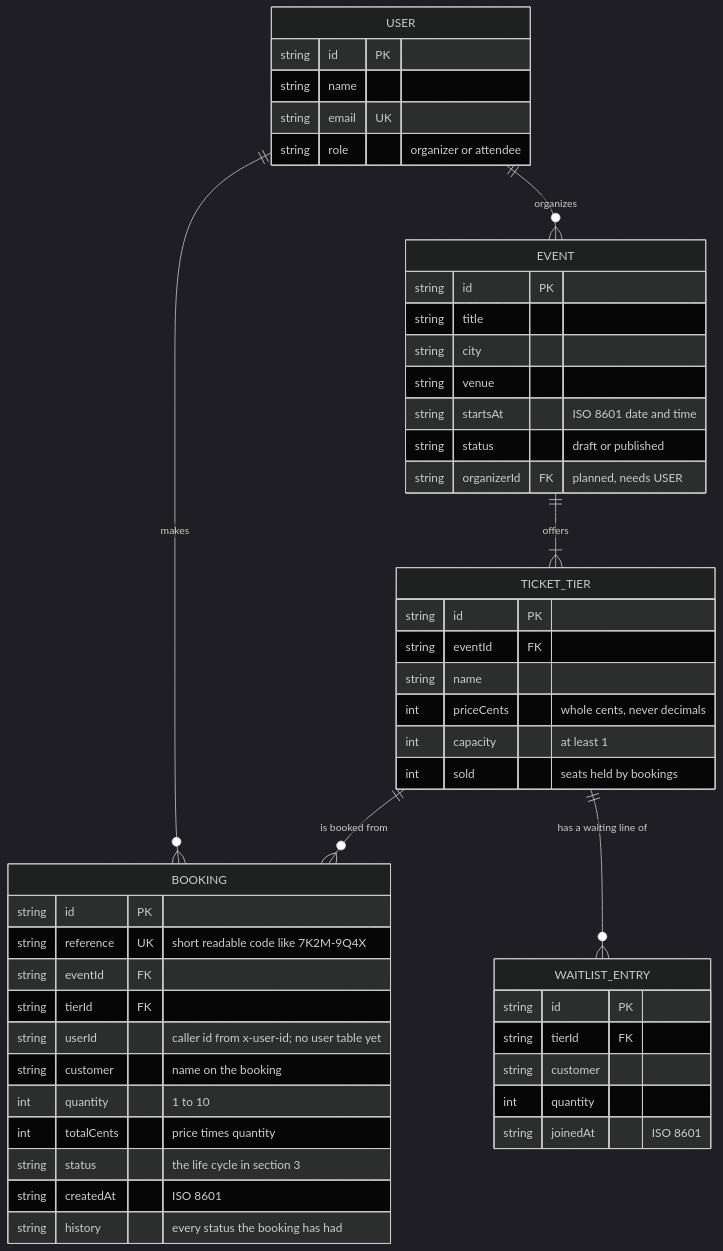
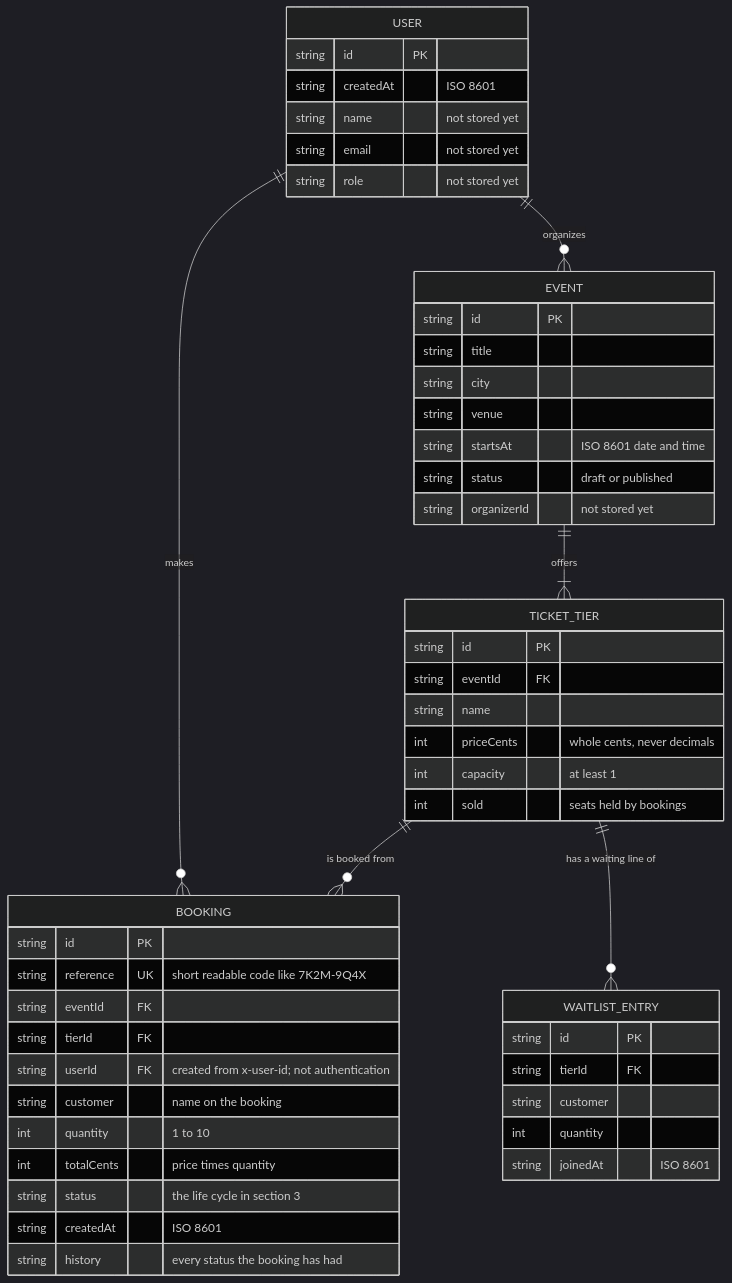
The second of 3 diagrams in docs/architecture.md (GreatEzekiel/my-dsa-capstone-project), drawn with Mermaid (dark theme) before and after one commit. The commit also changed other lines of this file and 23 other files, not shown here.

````diff
--- a/docs/architecture.md
+++ b/docs/architecture.md
@@ -93,52 +99,53 @@
 ```mermaid
 erDiagram
     USER ||--o{ EVENT : organizes
     USER ||--o{ BOOKING : makes
     EVENT ||--|{ TICKET_TIER : offers
     TICKET_TIER ||--o{ BOOKING : "is booked from"
     TICKET_TIER ||--o{ WAITLIST_ENTRY : "has a waiting line of"
 
     USER {
         string id PK
-        string name
-        string email UK
-        string role "organizer or attendee"
+        string createdAt "ISO 8601"
+        string name "not stored yet"
+        string email "not stored yet"
+        string role "not stored yet"
     }
     EVENT {
         string id PK
         string title
         string city
         string venue
         string startsAt "ISO 8601 date and time"
         string status "draft or published"
-        string organizerId FK "planned, needs USER"
+        string organizerId "not stored yet"
     }
     TICKET_TIER {
         string id PK
         string eventId FK
         string name
         int priceCents "whole cents, never decimals"
         int capacity "at least 1"
         int sold "seats held by bookings"
     }
     BOOKING {
         string id PK
         string reference UK "short readable code like 7K2M-9Q4X"
         string eventId FK
         string tierId FK
-        string userId "caller id from x-user-id; no user table yet"
+        string userId FK "created from x-user-id; not authentication"
         string customer "name on the booking"
         int quantity "1 to 10"
         int totalCents "price times quantity"
         string status "the life cycle in section 3"
         string createdAt "ISO 8601"
         string history "every status the booking has had"
     }
     WAITLIST_ENTRY {
         string id PK
         string tierId FK
         string customer
         int quantity
         string joinedAt "ISO 8601"
     }
 ```
````
